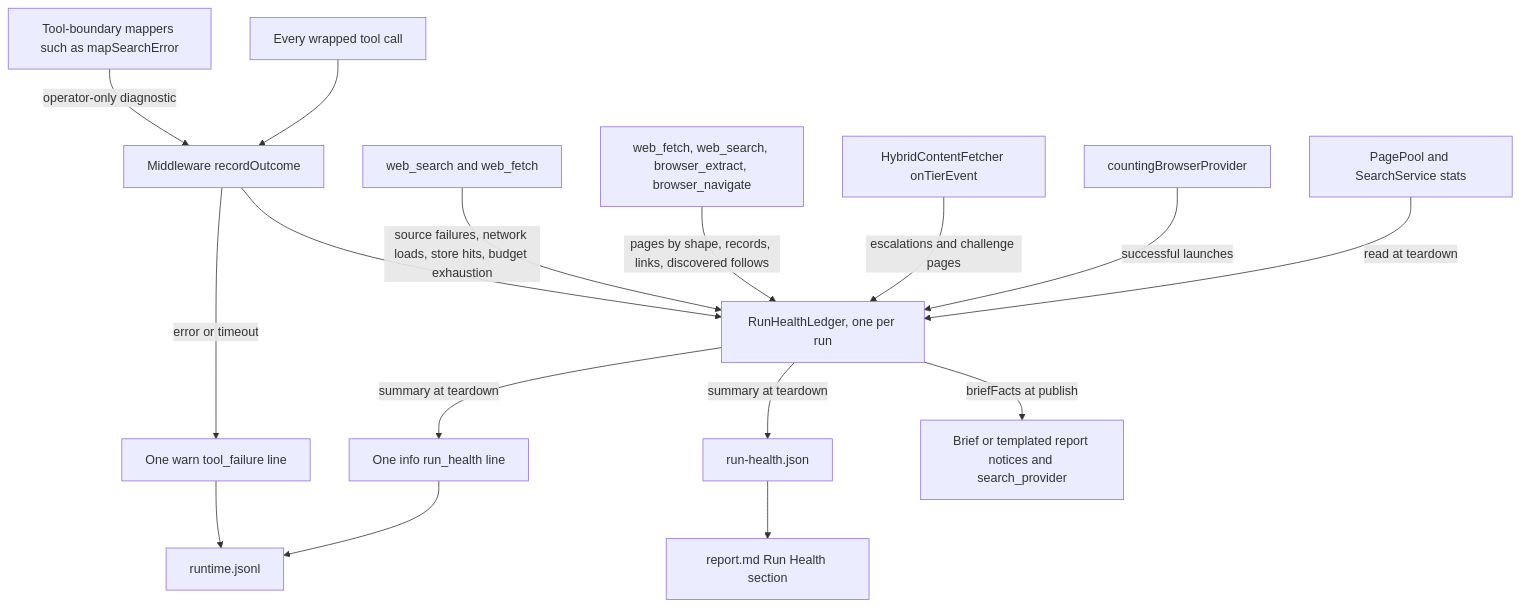
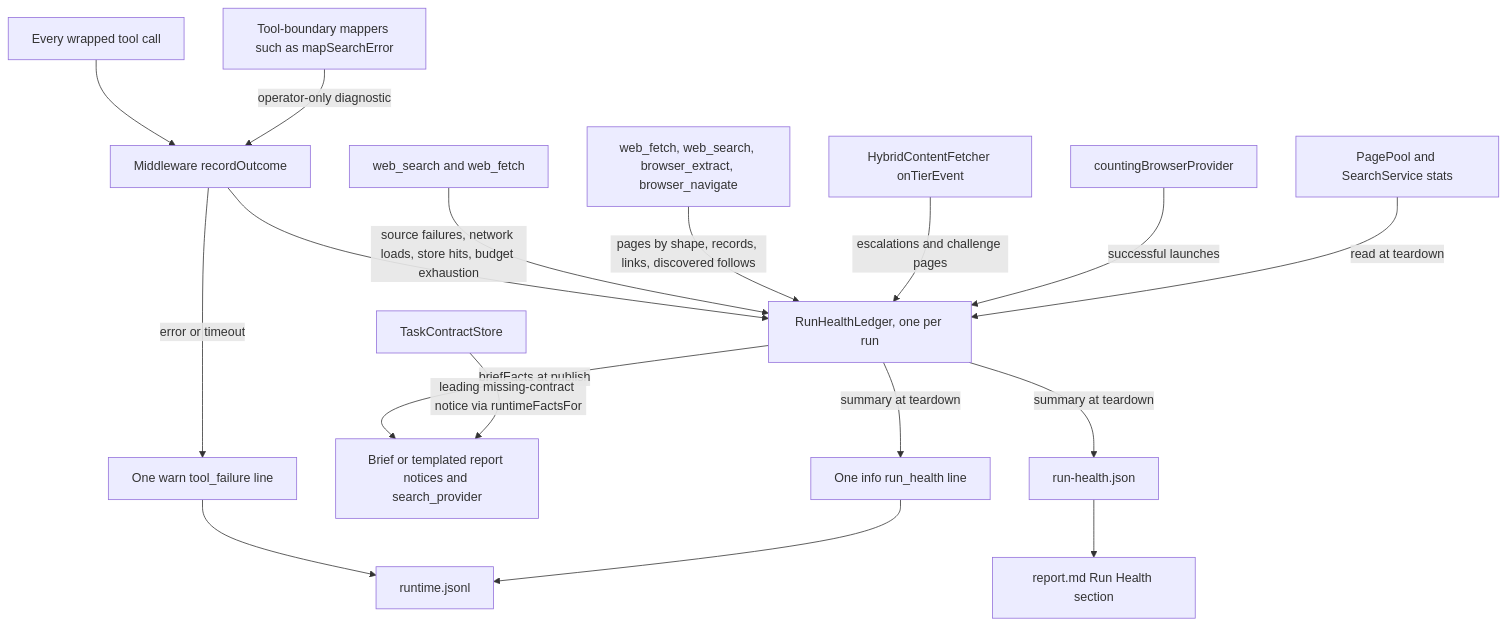
One commit to abranjith/yantra changed diagram 12 of 23 in docs/architecture.md. Above: the diagram before and after it, drawn with Mermaid. The commit also changed other lines of this file and 82 other files, not shown here.

````diff
--- a/docs/architecture.md
+++ b/docs/architecture.md
@@ -1233,18 +1294,19 @@
 ```mermaid
 flowchart TD
   Calls[Every wrapped tool call] --> Chokepoint[Middleware recordOutcome]
   Mapper[Tool-boundary mappers such as mapSearchError] -->|operator-only diagnostic| Chokepoint
   Chokepoint --> Ledger[RunHealthLedger, one per run]
   Chokepoint -->|error or timeout| Warn[One warn tool_failure line]
   ReadTools[web_search and web_fetch] -->|source failures, network loads, store hits, budget exhaustion| Ledger
   PageViews[web_fetch, web_search, browser_extract, browser_navigate] -->|pages by shape, records, links, discovered follows| Ledger
   Tiers[HybridContentFetcher onTierEvent] -->|escalations and challenge pages| Ledger
   Counter[countingBrowserProvider] -->|successful launches| Ledger
   Acq[PagePool and SearchService stats] -->|read at teardown| Ledger
   Ledger -->|briefFacts at publish| Document[Brief or templated report notices and search_provider]
+  Contract[TaskContractStore] -->|leading missing-contract notice via runtimeFactsFor| Document
   Ledger -->|summary at teardown| HealthFile[run-health.json]
   Ledger -->|summary at teardown| HealthLine[One info run_health line]
   Warn --> RuntimeLog[runtime.jsonl]
   HealthLine --> RuntimeLog
   HealthFile --> Report[report.md Run Health section]
 ```
````
